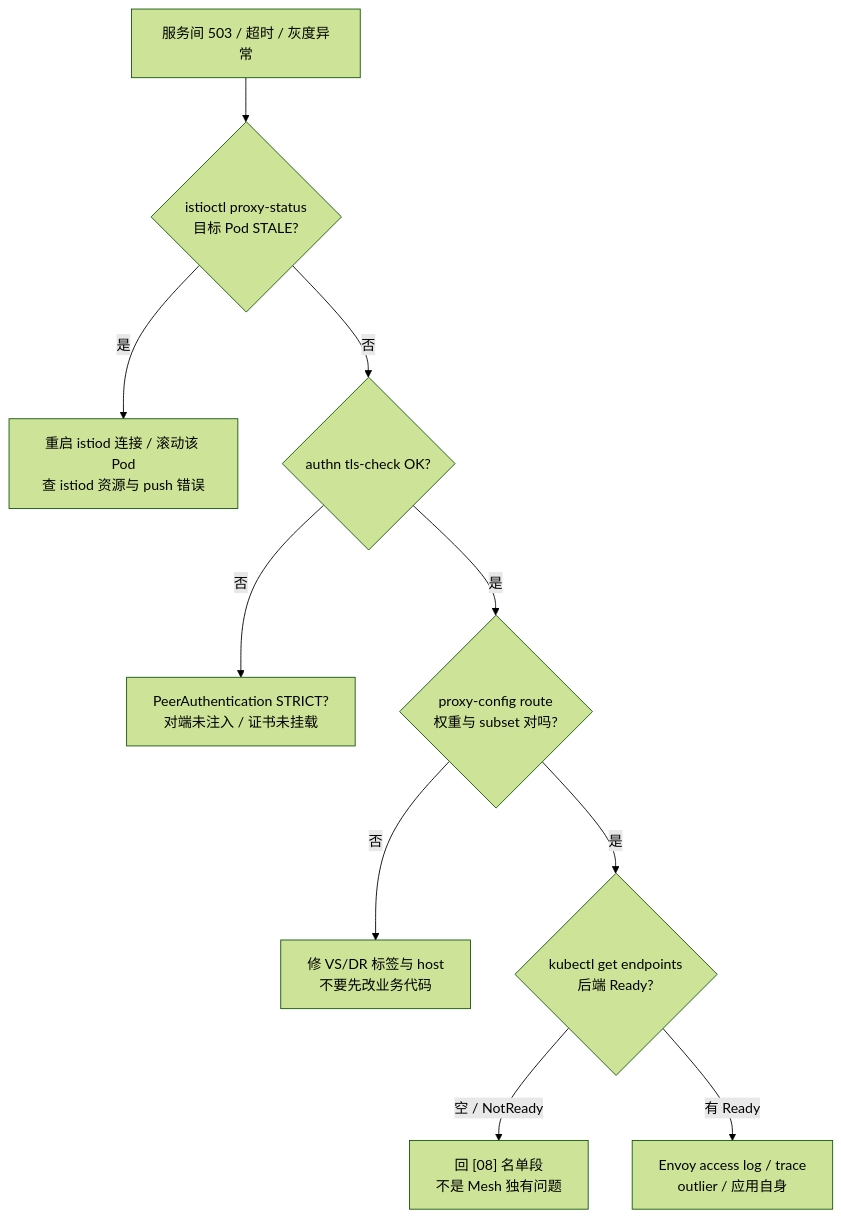
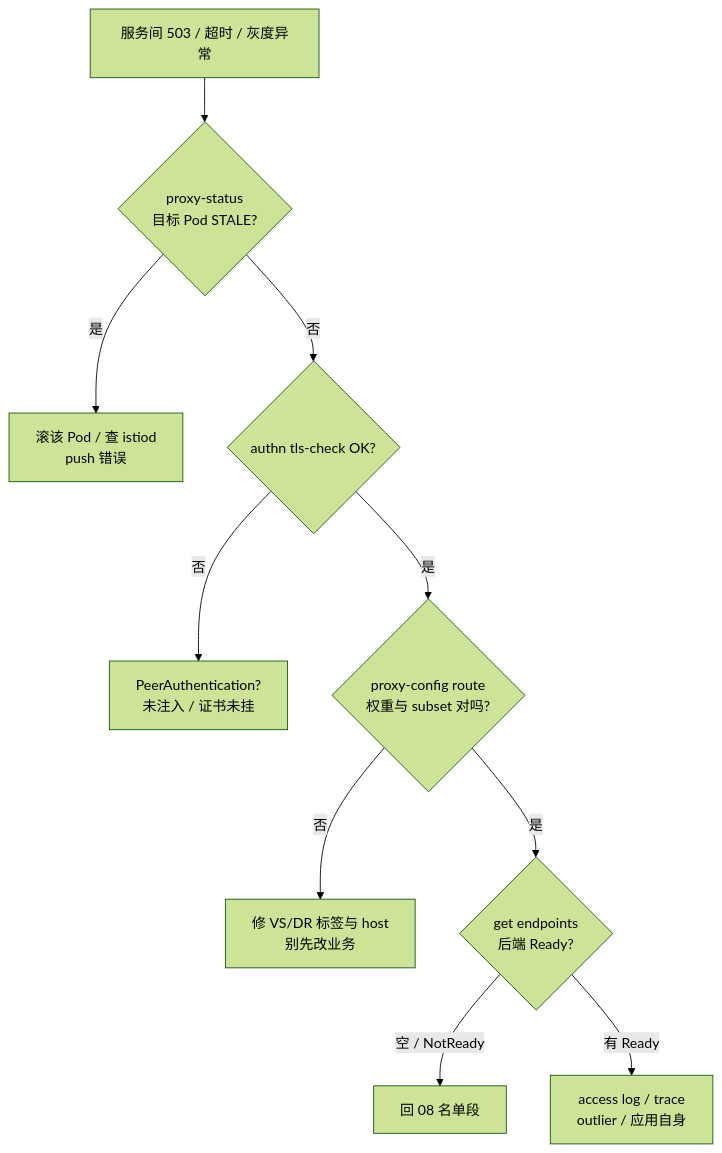
One commit to ml-cuizijun/LearnToLilith changed the fifth of 5 diagrams in 03-Kubernetes/24-ServiceMesh-Istio与Envoy/知识点.md. Above: the diagram before and after it, drawn with Mermaid (forest theme). The commit also changed other lines of this file and 178 other files, not shown here.

````diff
--- a/03-Kubernetes/24-ServiceMesh-Istio与Envoy/知识点.md
+++ b/03-Kubernetes/24-ServiceMesh-Istio与Envoy/知识点.md
@@ -479,12 +471,12 @@
 ```mermaid
 flowchart TB
-    A["服务间 503 / 超时 / 灰度异常"] --> B{"istioctl proxy-status<br/>目标 Pod STALE?"}
-    B -->|"是"| C["重启 istiod 连接 / 滚动该 Pod<br/>查 istiod 资源与 push 错误"]
+    A["服务间 503 / 超时 / 灰度异常"] --> B{"proxy-status<br/>目标 Pod STALE?"}
+    B -->|"是"| C["滚该 Pod / 查 istiod<br/>push 错误"]
     B -->|"否"| D{"authn tls-check OK?"}
-    D -->|"否"| E["PeerAuthentication STRICT?<br/>对端未注入 / 证书未挂载"]
+    D -->|"否"| E["PeerAuthentication?<br/>未注入 / 证书未挂"]
     D -->|"是"| F{"proxy-config route<br/>权重与 subset 对吗?"}
-    F -->|"否"| G["修 VS/DR 标签与 host<br/>不要先改业务代码"]
-    F -->|"是"| H{"kubectl get endpoints<br/>后端 Ready?"}
-    H -->|"空 / NotReady"| I["回 [08] 名单段<br/>不是 Mesh 独有问题"]
-    H -->|"有 Ready"| J["Envoy access log / trace<br/>outlier / 应用自身"]
+    F -->|"否"| G["修 VS/DR 标签与 host<br/>别先改业务"]
+    F -->|"是"| H{"get endpoints<br/>后端 Ready?"}
+    H -->|"空 / NotReady"| I["回 08 名单段"]
+    H -->|"有 Ready"| J["access log / trace<br/>outlier / 应用自身"]
 ```
````
